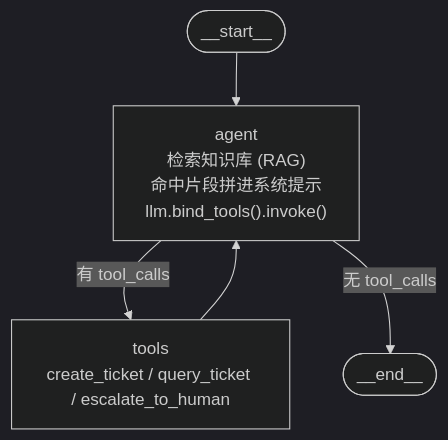
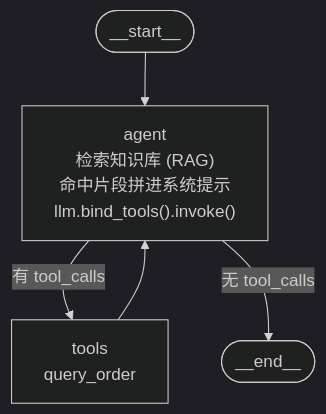
The diagram in docs/architecture.md (II777II/qa-ticket-agent), drawn with Mermaid (dark theme) before and after one commit. The commit also changed other lines of this file and 20 other files, not shown here.

````diff
--- a/docs/architecture.md
+++ b/docs/architecture.md
@@ -43,9 +43,9 @@
 ```mermaid
 flowchart TD
     S([__start__]) --> A
     A["agent<br/>检索知识库 (RAG)<br/>命中片段拼进系统提示<br/>llm.bind_tools().invoke()"]
     A -- 有 tool_calls --> T[tools]
-    T["tools<br/>create_ticket / query_ticket / escalate_to_human"]
+    T["tools<br/>query_order"]
     A -- 无 tool_calls --> E([__end__])
     T --> A
 ```
````
